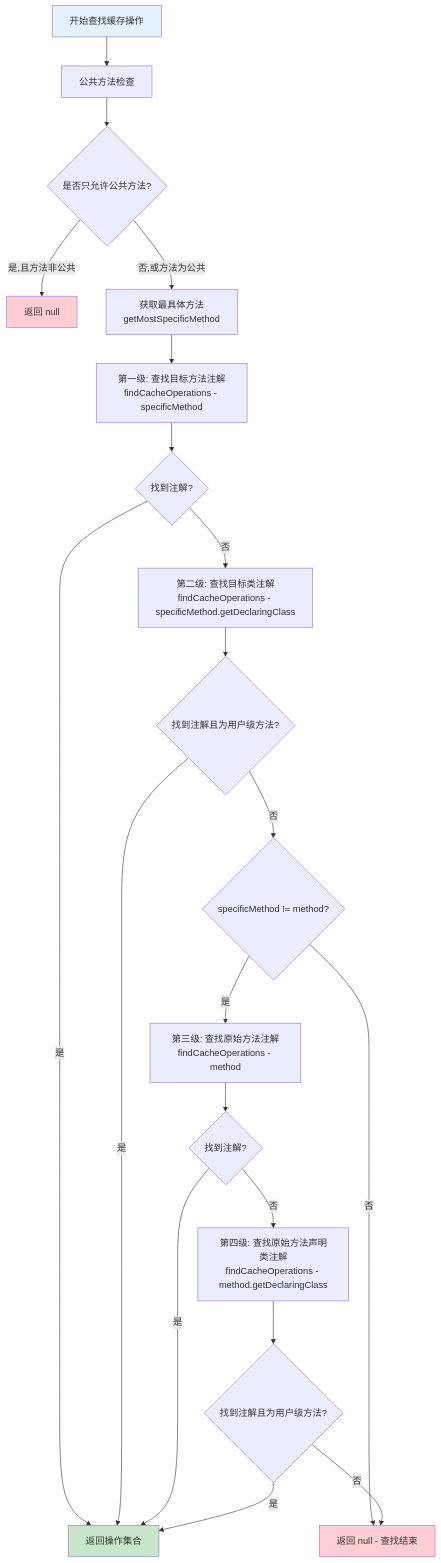
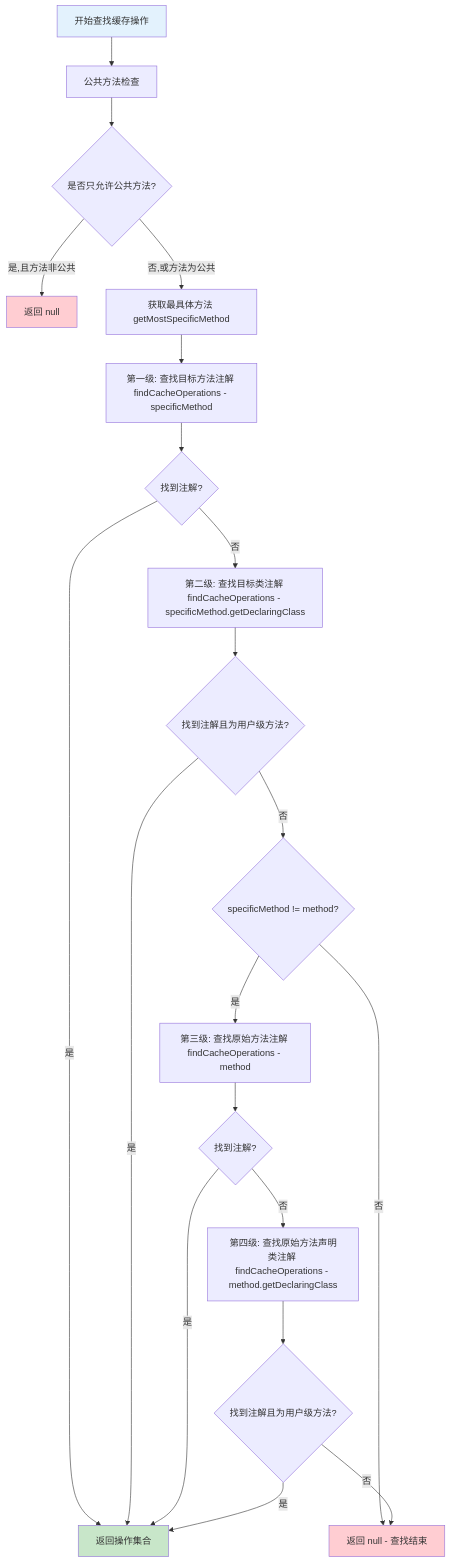
The third of 8 diagrams in src/content/note/zh-cn/spring-cache-cacheoperation-source-analysis.md (DavidHLP/blog), drawn with Mermaid before and after one commit. The commit also changed other lines of this file and 1 other file, not shown here.

````diff
--- a/src/content/note/zh-cn/spring-cache-cacheoperation-source-analysis.md
+++ b/src/content/note/zh-cn/spring-cache-cacheoperation-source-analysis.md
@@ -279,32 +279,32 @@
 ```mermaid
 flowchart TD
     A["开始查找缓存操作"] --> B["公共方法检查"]
     B --> C{"是否只允许公共方法?"}
     C -->|是,且方法非公共| D["返回 null"]
-    C -->|否,或方法为公共| E["获取最具体方法\ngetMostSpecificMethod"]
+    C -->|否,或方法为公共| E["获取最具体方法 getMostSpecificMethod"]
 
-    E --> F["第一级: 查找目标方法注解\nfindCacheOperations - specificMethod"]
+    E --> F["第一级: 查找目标方法注解 findCacheOperations - specificMethod"]
     F --> G{"找到注解?"}
     G -->|是| H["返回操作集合"]
 
-    G -->|否| I["第二级: 查找目标类注解\nfindCacheOperations - specificMethod.getDeclaringClass"]
+    G -->|否| I["第二级: 查找目标类注解 findCacheOperations - specificMethod.getDeclaringClass"]
     I --> J{"找到注解且为用户级方法?"}
     J -->|是| H
 
     J -->|否| K{"specificMethod != method?"}
     K -->|否| L["返回 null - 查找结束"]
 
-    K -->|是| M["第三级: 查找原始方法注解\nfindCacheOperations - method"]
+    K -->|是| M["第三级: 查找原始方法注解 findCacheOperations - method"]
     M --> N{"找到注解?"}
     N -->|是| H
 
-    N -->|否| O["第四级: 查找原始方法声明类注解\nfindCacheOperations - method.getDeclaringClass"]
+    N -->|否| O["第四级: 查找原始方法声明类注解 findCacheOperations - method.getDeclaringClass"]
     O --> P{"找到注解且为用户级方法?"}
     P -->|是| H
     P -->|否| L
 
     style A fill:#e3f2fd
     style H fill:#c8e6c9
     style L fill:#ffcdd2
     style D fill:#ffcdd2
 ```
````
